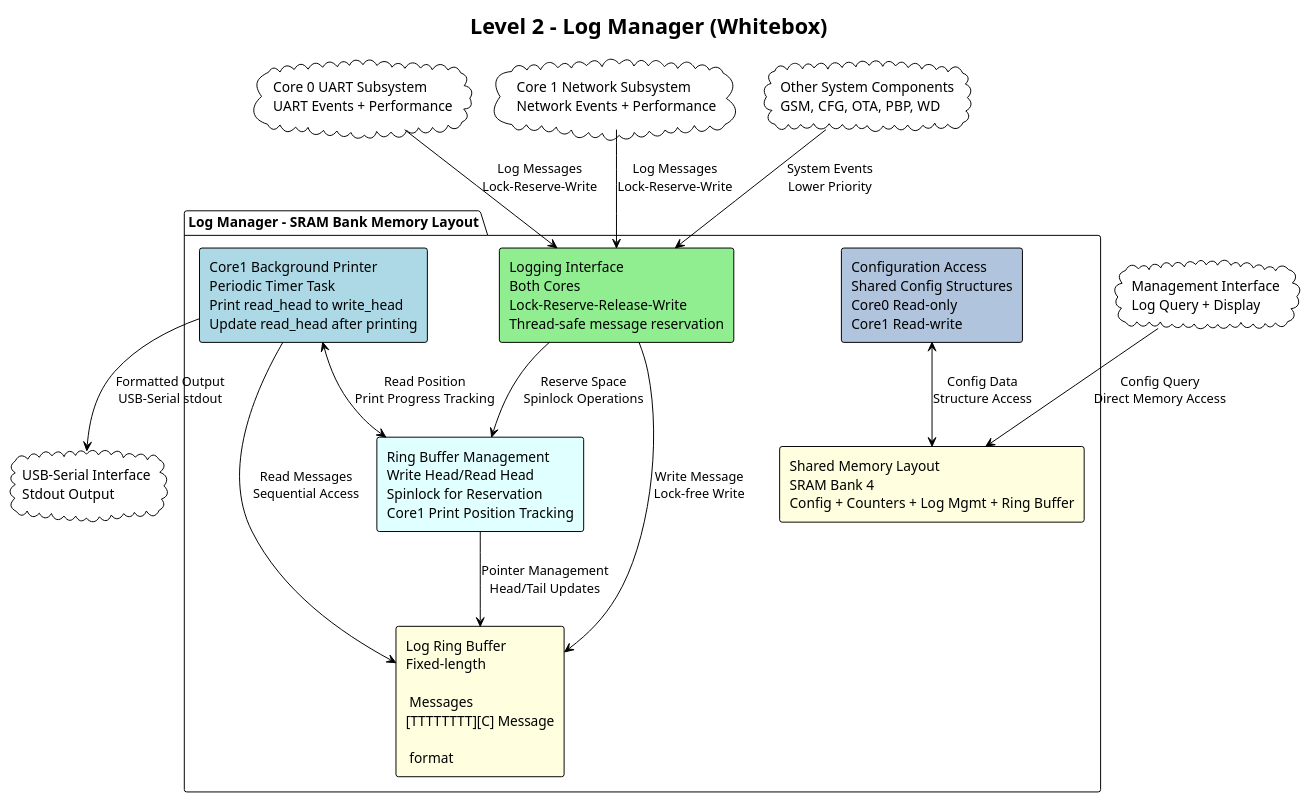
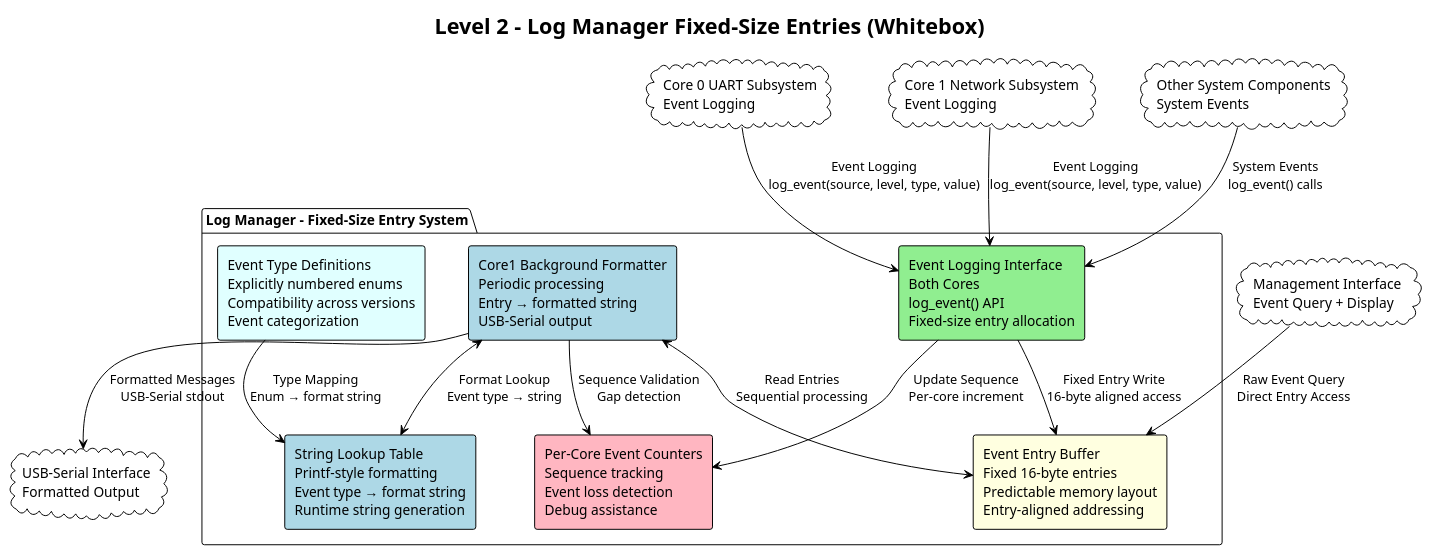
One commit to haxorsebb/UART2ETH changed the fifth of 11 diagrams in src/docs/arc42/chapters/05_building_block_view.adoc. Above: the diagram before and after it, drawn with PlantUML. The commit also changed other lines of this file and 28 other files, not shown here.

First line of the commit message:
Implement fixed-size log entry system with enumerated event types

```diff
--- a/src/docs/arc42/chapters/05_building_block_view.adoc
+++ b/src/docs/arc42/chapters/05_building_block_view.adoc
@@ -488,46 +488,46 @@
-[plantuml, level2-log-manager-updated, svg]
+[plantuml, level2-log-manager-fixed-entries, svg]
 ----
 @startuml
 !theme plain
 skinparam backgroundColor transparent
 skinparam componentStyle rectangle
 
-title Level 2 - Log Manager (Whitebox)
+title Level 2 - Log Manager Fixed-Size Entries (Whitebox)
 
-cloud "Core 0 UART Subsystem\nUART Events + Performance" as C0
-cloud "Core 1 Network Subsystem\nNetwork Events + Performance" as C1
-cloud "Other System Components\nGSM, CFG, OTA, PBP, WD" as OTHER
-cloud "USB-Serial Interface\nStdout Output" as USB
-cloud "Management Interface\nLog Query + Display" as MI
+cloud "Core 0 UART Subsystem\nEvent Logging" as C0
+cloud "Core 1 Network Subsystem\nEvent Logging" as C1
+cloud "Other System Components\nSystem Events" as OTHER
+cloud "USB-Serial Interface\nFormatted Output" as USB
+cloud "Management Interface\nEvent Query + Display" as MI
 
-package "Log Manager - SRAM Bank Memory Layout" {
-    component "Logging Interface\nBoth Cores\nLock-Reserve-Release-Write\nThread-safe message reservation" as LOG_IF #lightgreen
+package "Log Manager - Fixed-Size Entry System" {
+    component "Event Logging Interface\nBoth Cores\nlog_event() API\nFixed-size entry allocation" as LOG_IF #lightgreen
     
-    component "Shared Memory Layout\nSRAM Bank 4\nConfig + Counters + Log Mgmt + Ring Buffer" as SHARED_MEM #lightyellow
+    component "Event Entry Buffer\nFixed 16-byte entries\nPredictable memory layout\nEntry-aligned addressing" as ENTRY_BUFFER #lightyellow
     
-    component "Ring Buffer Management\nWrite Head/Read Head\nSpinlock for Reservation\nCore1 Print Position Tracking" as RING_MGMT #lightcyan
+    component "Event Type Definitions\nExplicitly numbered enums\nCompatibility across versions\nEvent categorization" as EVENT_TYPES #lightcyan
     
-    component "Log Ring Buffer\nFixed-length \r\n Messages\n[TTTTTTTT][C] Message\r\n format" as RING_BUFFER #lightyellow
+    component "String Lookup Table\nPrintf-style formatting\nEvent type → format string\nRuntime string generation" as STRING_TABLE #lightblue
     
-    component "Core1 Background Printer\nPeriodic Timer Task\nPrint read_head to write_head\nUpdate read_head after printing" as PRINTER #lightblue
+    component "Core1 Background Formatter\nPeriodic processing\nEntry → formatted string\nUSB-Serial output" as FORMATTER #lightblue
     
-    component "Configuration Access\nShared Config Structures\nCore0 Read-only\nCore1 Read-write" as CONFIG_ACCESS #lightsteelblue
+    component "Per-Core Event Counters\nSequence tracking\nEvent loss detection\nDebug assistance" as COUNTERS #lightpink
 }
 
 ' External connections
-C0 --> LOG_IF : Log Messages\nLock-Reserve-Write
-C1 --> LOG_IF : Log Messages\nLock-Reserve-Write  
-OTHER --> LOG_IF : System Events\nLower Priority
-PRINTER --> USB : Formatted Output\nUSB-Serial stdout
-MI --> SHARED_MEM : Config Query\nDirect Memory Access
+C0 --> LOG_IF : Event Logging\nlog_event(source, level, type, value)
+C1 --> LOG_IF : Event Logging\nlog_event(source, level, type, value)
+OTHER --> LOG_IF : System Events\nlog_event() calls
+FORMATTER --> USB : Formatted Messages\nUSB-Serial stdout
+MI --> ENTRY_BUFFER : Raw Event Query\nDirect Entry Access
 
 ' Internal connections
-LOG_IF --> RING_MGMT : Reserve Space\nSpinlock Operations
-LOG_IF --> RING_BUFFER : Write Message\nLock-free Write
-RING_MGMT --> RING_BUFFER : Pointer Management\nHead/Tail Updates
-PRINTER <--> RING_MGMT : Read Position\nPrint Progress Tracking
-PRINTER --> RING_BUFFER : Read Messages\nSequential Access
-CONFIG_ACCESS <--> SHARED_MEM : Config Data\nStructure Access
+LOG_IF --> ENTRY_BUFFER : Fixed Entry Write\n16-byte aligned access
+LOG_IF --> COUNTERS : Update Sequence\nPer-core increment
+FORMATTER <--> ENTRY_BUFFER : Read Entries\nSequential processing
+FORMATTER <--> STRING_TABLE : Format Lookup\nEvent type → string
+FORMATTER --> COUNTERS : Sequence Validation\nGap detection
+EVENT_TYPES --> STRING_TABLE : Type Mapping\nEnum → format string
 
 @enduml
 ----
```
